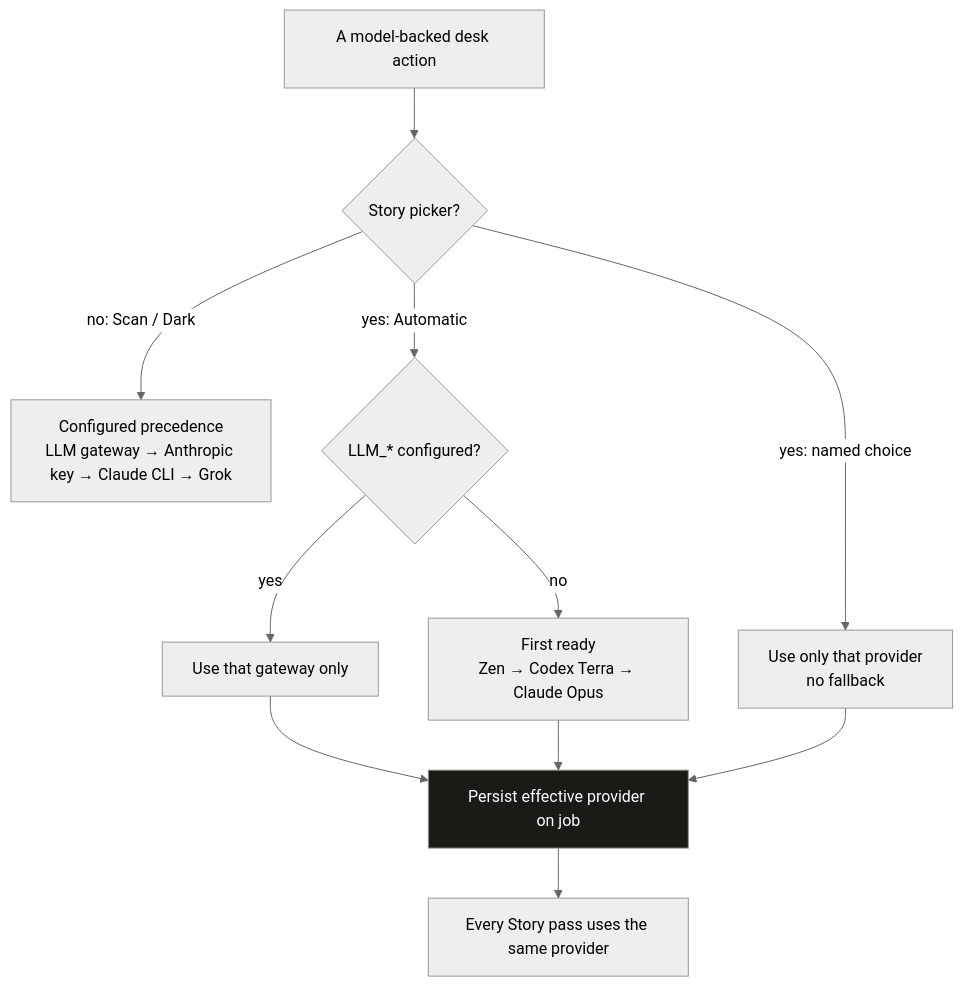
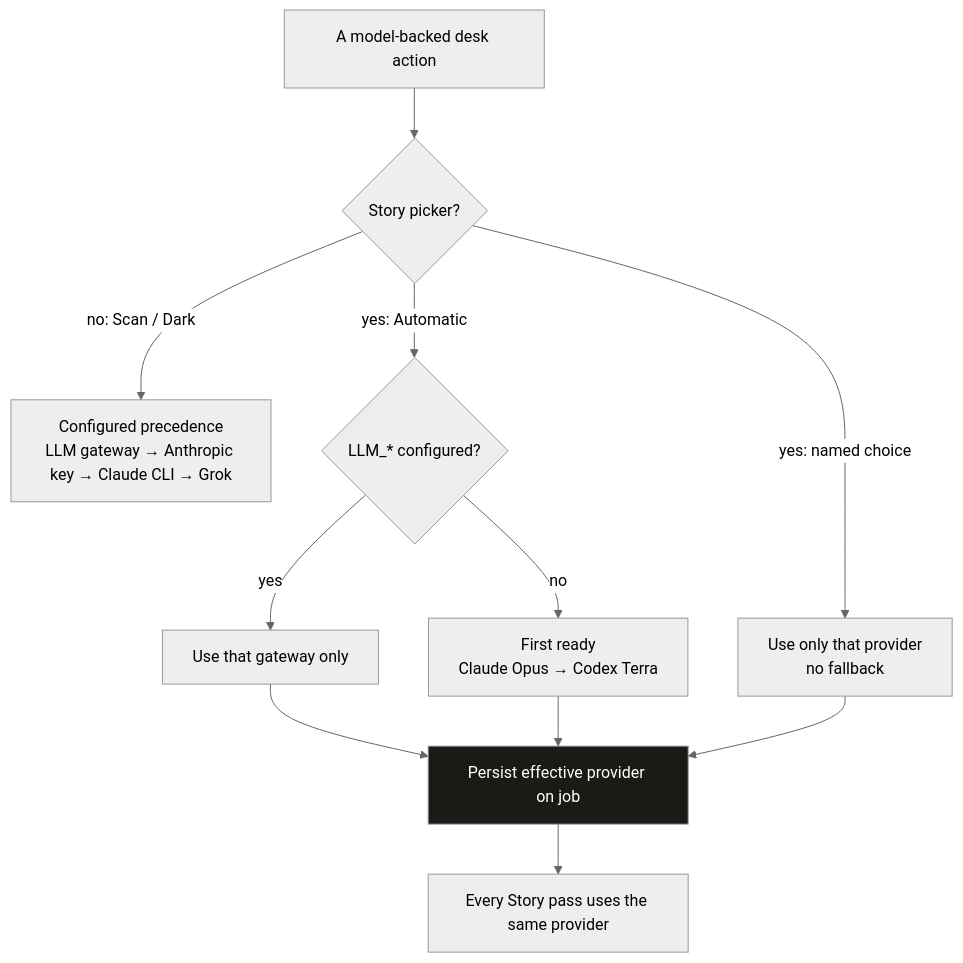
The eighth of 8 diagrams in docs/manual.md (scottconverse/TownReporter), drawn with Mermaid (neutral theme) before and after one commit. The commit also changed other lines of this file and 20 other files, not shown here.

First line of the commit message:
0.5.9: Claude and Codex only; Zen MiMo and Local Qwen removed from the Story picker

````diff
--- a/docs/manual.md
+++ b/docs/manual.md
@@ -772,15 +773,15 @@
 ```mermaid
 flowchart TB
     CALL["A model-backed desk action"] --> KIND{"Story picker?"}
     KIND -->|no: Scan / Dark| CFG["Configured precedence<br/>LLM gateway → Anthropic key → Claude CLI → Grok"]
     KIND -->|yes: Automatic| Q1{"LLM_* configured?"}
     Q1 -->|yes| OAI["Use that gateway only"]
-    Q1 -->|no| READY["First ready<br/>Zen → Codex Terra → Claude Opus"]
+    Q1 -->|no| READY["First ready<br/>Claude Opus → Codex Terra"]
     KIND -->|yes: named choice| ONE["Use only that provider<br/>no fallback"]
     OAI --> SAVE["Persist effective provider on job"]
     READY --> SAVE
     ONE --> SAVE
     SAVE --> RUN["Every Story pass uses the same provider"]
 
     style SAVE fill:#1c1a17,color:#fff
 ```
````
